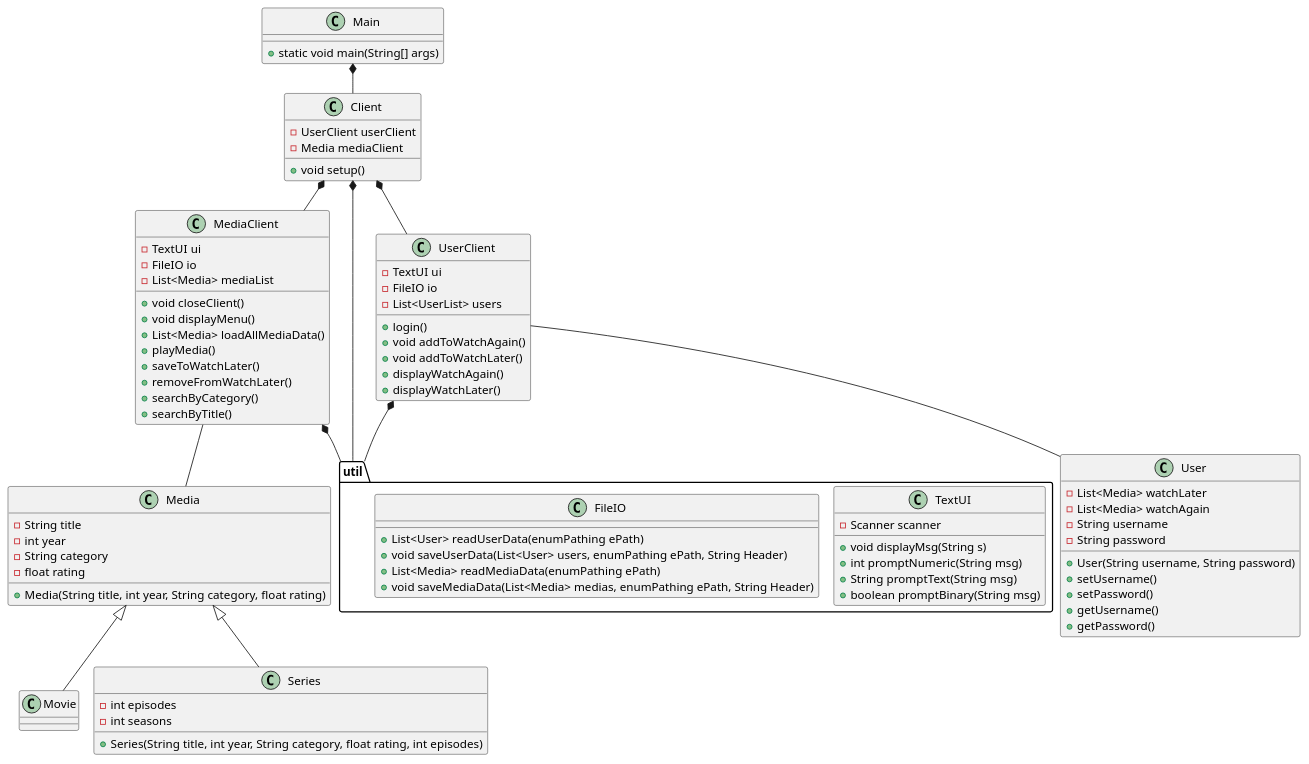
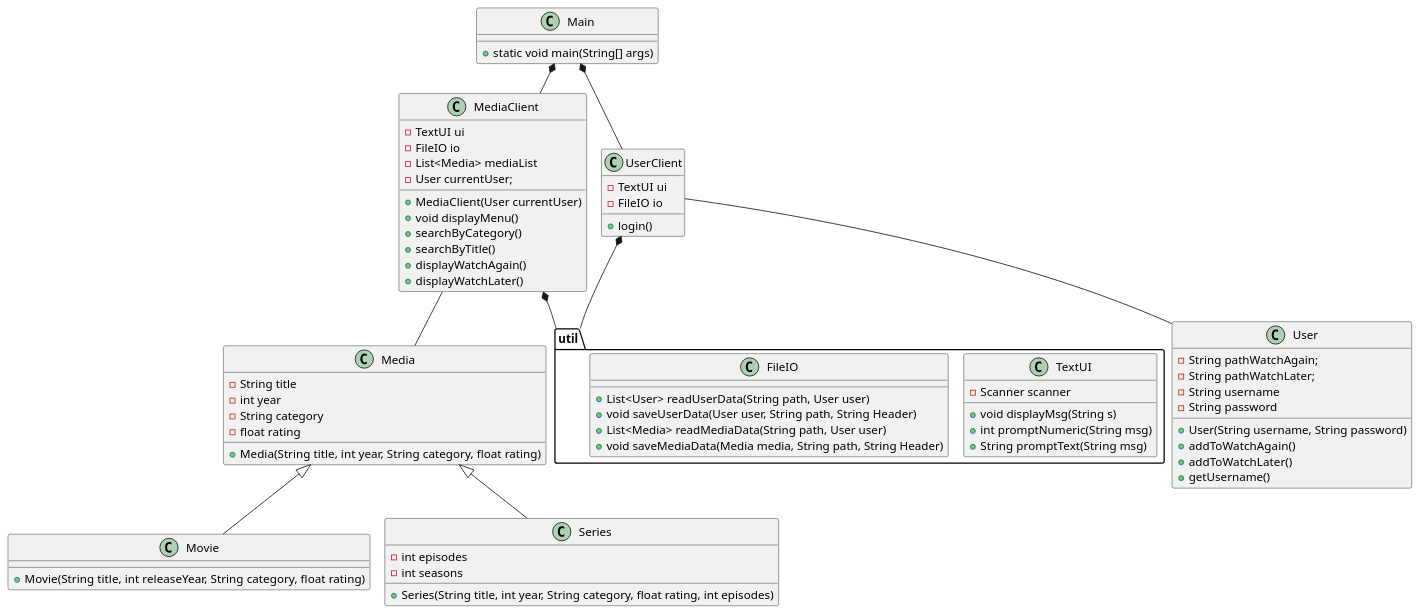
One commit to b-rino/SP3 changed the diagram in docs/classdiagram_v0.puml. Above: the diagram before and after it, drawn with PlantUML. The commit also changed 12 other files, not shown here.

```diff
--- a/docs/classdiagram_v0.puml
+++ b/docs/classdiagram_v0.puml
@@ -1,103 +1,91 @@
 @startuml
 !pragma layout smetana
 
 class Main{
 + static void main(String[] args)
-}
 
-class Client{
--UserClient userClient
-- Media mediaClient
-+void setup()
 }
 
 class Media{
 - String title
 - int year
 - String category
 - float rating
 +Media(String title, int year, String category, float rating)
 
 }
 
 class MediaClient{
 -TextUI ui
 -FileIO io
 -List<Media> mediaList
-+void closeClient()
+-User currentUser;
++MediaClient(User currentUser)
 +void displayMenu()
-+List<Media> loadAllMediaData()
-+playMedia()
-+saveToWatchLater()
-+removeFromWatchLater()
 +searchByCategory()
 +searchByTitle()
-
++displayWatchAgain()
++displayWatchLater()
 }
 
 
 class User{
--List<Media> watchLater
--List<Media> watchAgain
+-String pathWatchAgain;
+-String pathWatchLater;
 -String username
 -String password
 +User(String username, String password)
-+setUsername()
-+setPassword()
++addToWatchAgain()
++addToWatchLater()
 +getUsername()
-+getPassword()
 }
 
 
 class Movie{
+
++ Movie(String title, int releaseYear, String category, float rating)
 }
 
 class Series{
 - int episodes
 - int seasons
 +Series(String title, int year, String category, float rating, int episodes)
 }
 
 
 class UserClient{
 -TextUI ui
 -FileIO io
--List<UserList> users
 +login()
-+void addToWatchAgain()
-+void addToWatchLater()
-+displayWatchAgain()
-+displayWatchLater()
+
 }
 
 
 package "util" {
 class TextUI{
 - Scanner scanner
 
 +void displayMsg(String s)
 +int promptNumeric(String msg)
 +String promptText(String msg)
-+boolean promptBinary(String msg)
 }
+
 class FileIO{
-+List<User> readUserData(enumPathing ePath)
-+void saveUserData(List<User> users, enumPathing ePath, String Header)
-+List<Media> readMediaData(enumPathing ePath)
-+void saveMediaData(List<Media> medias, enumPathing ePath, String Header)
++List<User> readUserData(String path, User user)
++void saveUserData(User user, String path, String Header)
++List<Media> readMediaData(String path, User user)
++void saveMediaData(Media media, String path, String Header)
 }
 }
 
 
 Media<|--Series
 Media <|-- Movie
-Client *-- MediaClient
+Main *-- MediaClient
 MediaClient *-- "util"
 MediaClient -- Media
-Client *-- UserClient
+Main *-- UserClient
 UserClient -- User
 UserClient *--"util"
-Main *-- Client
-Client *-- "util"
 
 @enduml
```
